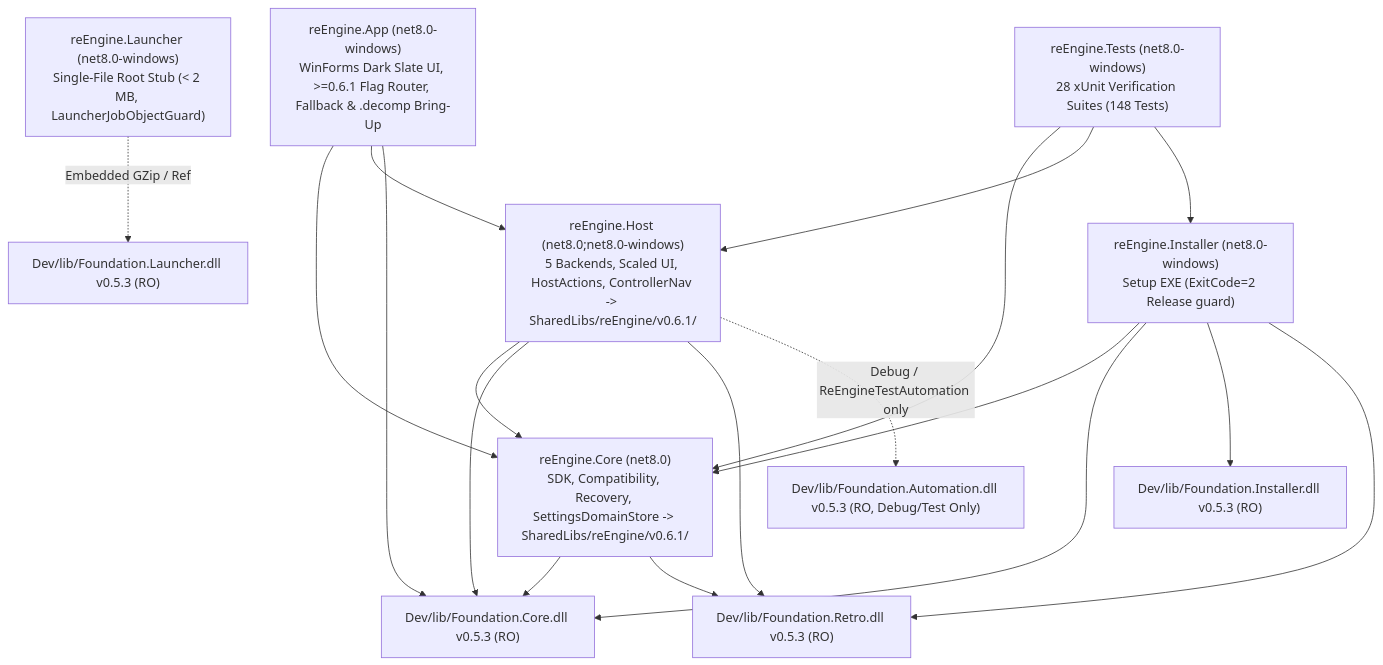
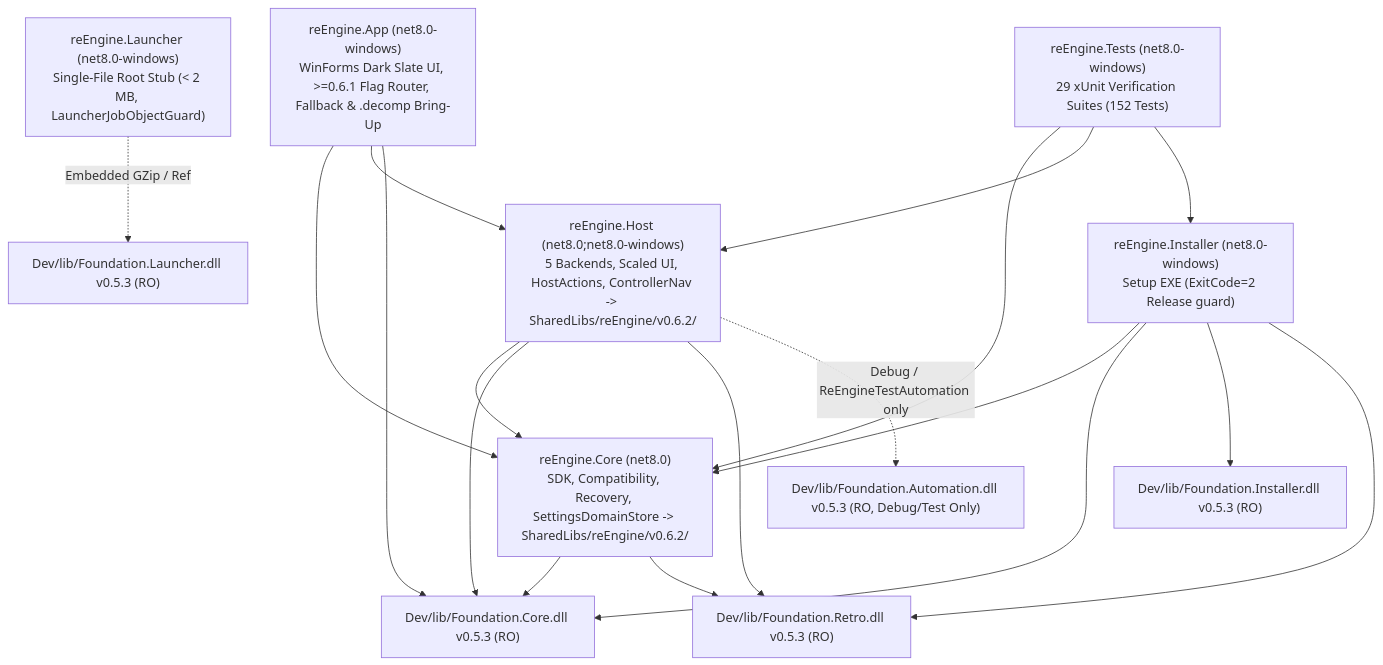
Before and after one commit to StreamItAllGit/reEngine: the second of 2 diagrams in Dev/docs/ARCHITECTURE.md, drawn with Mermaid. The commit also changed other lines of this file and 26 other files, not shown here.

````diff
--- a/Dev/docs/ARCHITECTURE.md
+++ b/Dev/docs/ARCHITECTURE.md
@@ -43,33 +43,33 @@
 ```mermaid
 graph TD
     FC["Dev/lib/Foundation.Core.dll v0.5.3 (RO)"]
     FR["Dev/lib/Foundation.Retro.dll v0.5.3 (RO)"]
     FI["Dev/lib/Foundation.Installer.dll v0.5.3 (RO)"]
     FL["Dev/lib/Foundation.Launcher.dll v0.5.3 (RO)"]
     FA["Dev/lib/Foundation.Automation.dll v0.5.3 (RO, Debug/Test Only)"]
 
-    Core["reEngine.Core (net8.0)\nSDK, Compatibility, Recovery, SettingsDomainStore -> SharedLibs/reEngine/v0.6.1/"]
-    Host["reEngine.Host (net8.0;net8.0-windows)\n5 Backends, Scaled UI, HostActions, ControllerNav -> SharedLibs/reEngine/v0.6.1/"]
+    Core["reEngine.Core (net8.0)\nSDK, Compatibility, Recovery, SettingsDomainStore -> SharedLibs/reEngine/v0.6.2/"]
+    Host["reEngine.Host (net8.0;net8.0-windows)\n5 Backends, Scaled UI, HostActions, ControllerNav -> SharedLibs/reEngine/v0.6.2/"]
     App["reEngine.App (net8.0-windows)\nWinForms Dark Slate UI, >=0.6.1 Flag Router, Fallback & .decomp Bring-Up"]
     Launcher["reEngine.Launcher (net8.0-windows)\nSingle-File Root Stub (< 2 MB, LauncherJobObjectGuard)"]
     Setup["reEngine.Installer (net8.0-windows)\nSetup EXE (ExitCode=2 Release guard)"]
-    Tests["reEngine.Tests (net8.0-windows)\n28 xUnit Verification Suites (148 Tests)"]
+    Tests["reEngine.Tests (net8.0-windows)\n29 xUnit Verification Suites (152 Tests)"]
 
     Core --> FC
     Core --> FR
     Host --> Core
     Host --> FC
     Host --> FR
     Host -.->|Debug / ReEngineTestAutomation only| FA
     App --> Core
     App --> Host
     App --> FC
     Setup --> Core
     Setup --> FC
     Setup --> FI
     Setup --> FR
     Launcher -.->|Embedded GZip / Ref| FL
     Tests --> Core
     Tests --> Host
     Tests --> Setup
 ```
````
